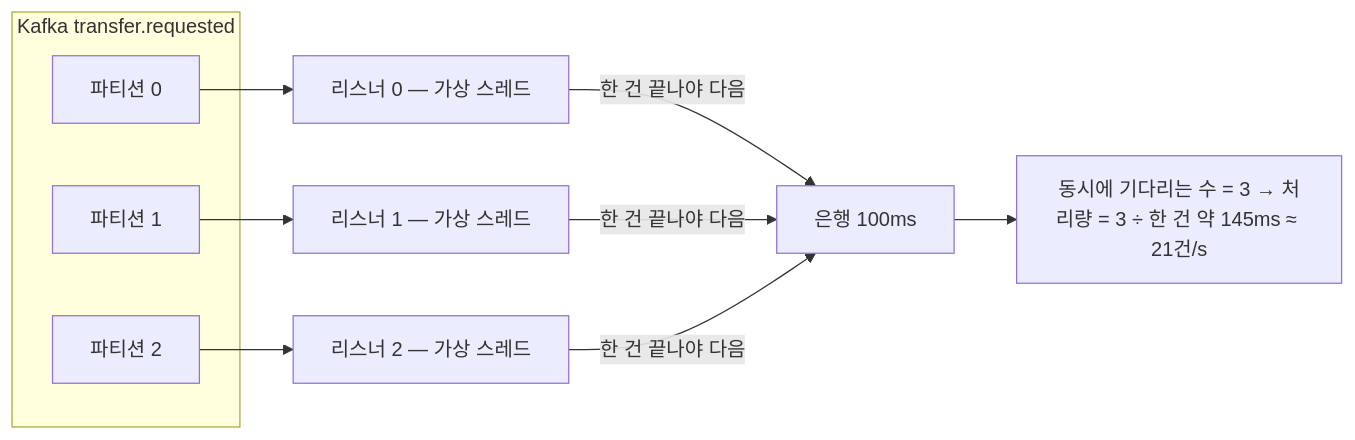
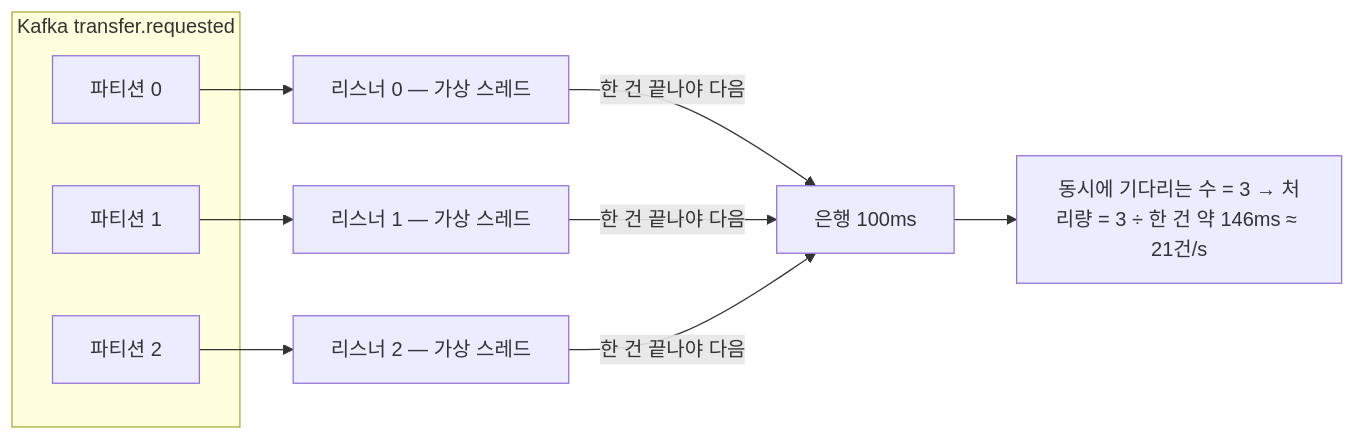
One commit to hyeokjinON/bank-transfer changed the third of 9 diagrams in docs/perf/p7-virtual-threads.md. Above: the diagram before and after it, drawn with Mermaid. The commit also changed other lines of this file and 1 other file, not shown here.

Commit message:
docs(p7): 재검토 사소한 것 — 한 건 146ms 로 통일, 교착 그림의 입장 대기 표현, HANDOVER 문구

````diff
--- a/docs/perf/p7-virtual-threads.md
+++ b/docs/perf/p7-virtual-threads.md
@@ -53,15 +53,15 @@
 ```mermaid
 flowchart LR
   subgraph K[Kafka transfer.requested]
     P0[파티션 0]
     P1[파티션 1]
     P2[파티션 2]
   end
   P0 --> L0[리스너 0 — 가상 스레드]
   P1 --> L1[리스너 1 — 가상 스레드]
   P2 --> L2[리스너 2 — 가상 스레드]
   L0 -->|한 건 끝나야 다음| B[은행 100ms]
   L1 -->|한 건 끝나야 다음| B
   L2 -->|한 건 끝나야 다음| B
-  B --> R[동시에 기다리는 수 = 3 → 처리량 = 3 ÷ 한 건 약 145ms ≈ 21건/s]
+  B --> R[동시에 기다리는 수 = 3 → 처리량 = 3 ÷ 한 건 약 146ms ≈ 21건/s]
 ```
````
